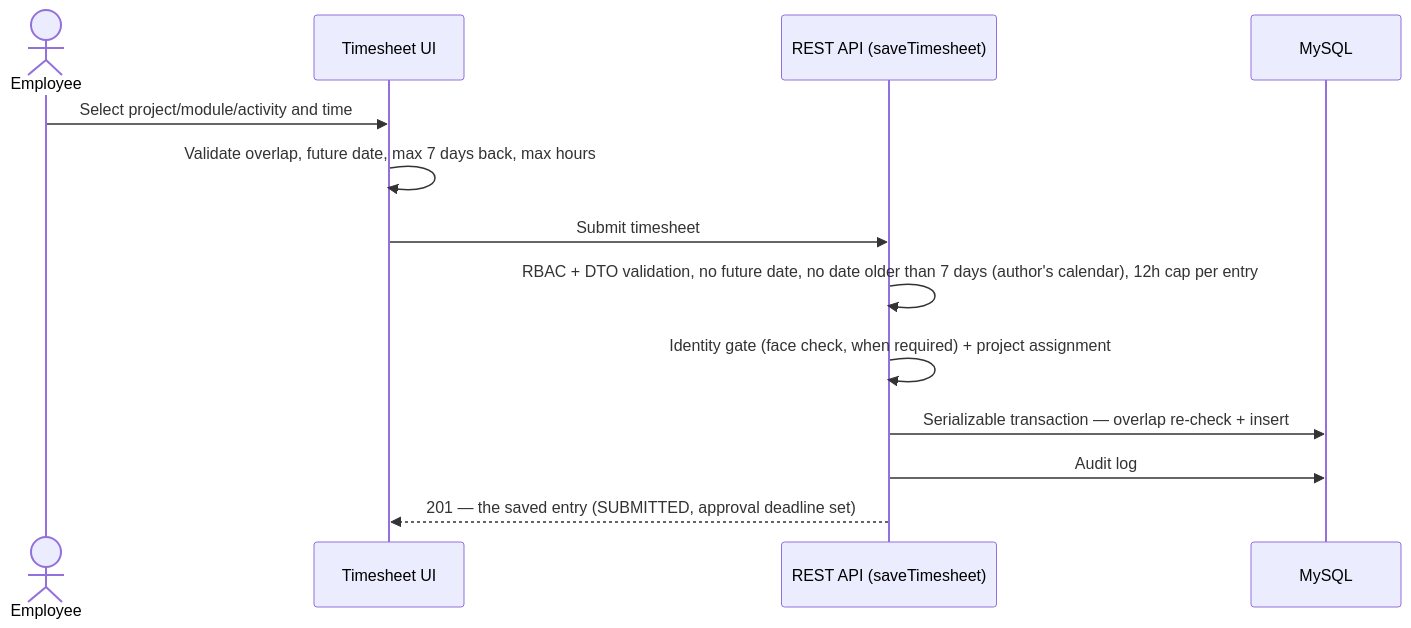
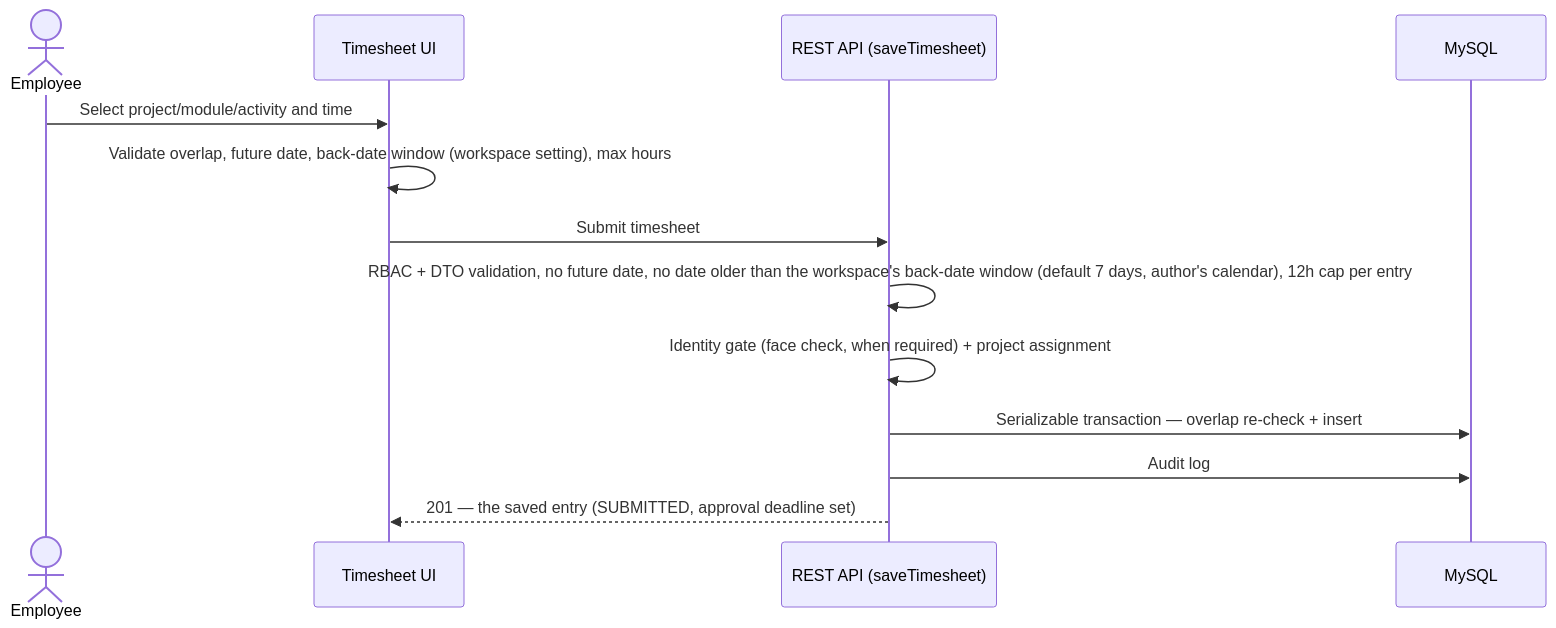
The tenth of 10 diagrams in docs/ARCHITECTURE.md (adityapuppala1/TimeSheet), drawn with Mermaid before and after one commit. The commit also changed 27 other files, not shown here.

First line of the commit message:
feat(timesheets): the back-date window is a workspace setting, edited on Workspace Settings > Ticketing

````diff
--- a/docs/ARCHITECTURE.md
+++ b/docs/ARCHITECTURE.md
@@ -1330,15 +1330,15 @@
 ```mermaid
 sequenceDiagram
   actor Employee
   participant UI as Timesheet UI
   participant API as REST API (saveTimesheet)
   participant DB as MySQL
   Employee->>UI: Select project/module/activity and time
-  UI->>UI: Validate overlap, future date, max 7 days back, max hours
+  UI->>UI: Validate overlap, future date, back-date window (workspace setting), max hours
   UI->>API: Submit timesheet
-  API->>API: RBAC + DTO validation, no future date, no date older than 7 days (author's calendar), 12h cap per entry
+  API->>API: RBAC + DTO validation, no future date, no date older than the workspace's back-date window (default 7 days, author's calendar), 12h cap per entry
   API->>API: Identity gate (face check, when required) + project assignment
   API->>DB: Serializable transaction — overlap re-check + insert
   API->>DB: Audit log
   API-->>UI: 201 — the saved entry (SUBMITTED, approval deadline set)
 ```
````
